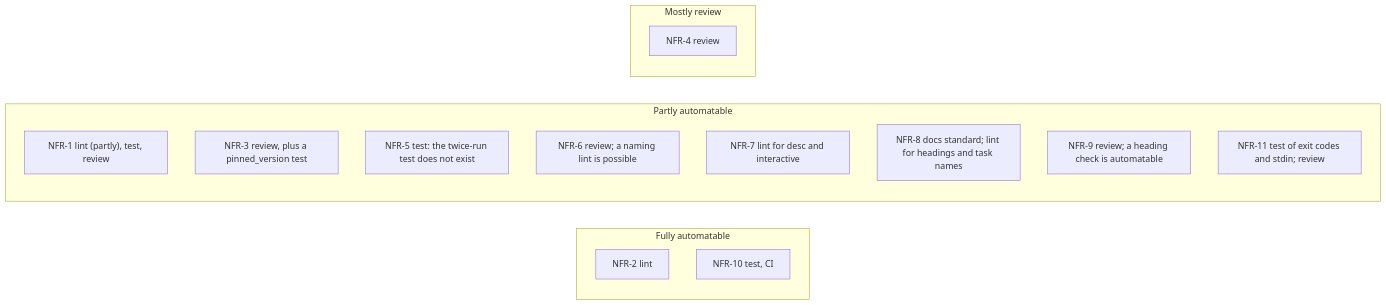
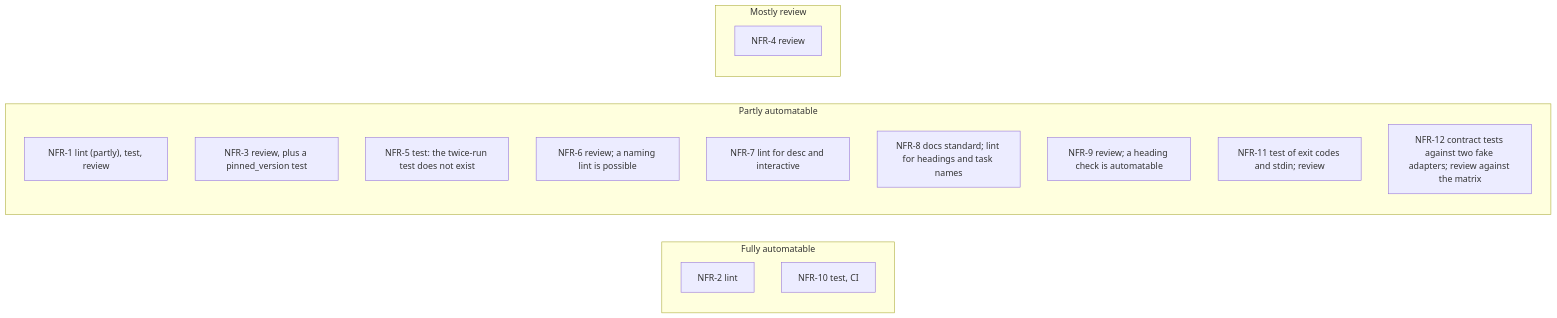
The second of 3 diagrams in docs/principles/non-functional-requirements.md (nabil-becker/devcontainer-features), drawn with Mermaid before and after one commit. The commit also changed other lines of this file and 1 other file, not shown here.

First line of the commit message:
docs(proposals): agents v2 against Copilot, Codex, Gemini and OpenCode CLIs (#106)

````diff
--- a/docs/principles/non-functional-requirements.md
+++ b/docs/principles/non-functional-requirements.md
@@ -144,20 +153,21 @@
 ```mermaid
 flowchart LR
   subgraph full["Fully automatable"]
     c2["NFR-2 lint"]
     c10["NFR-10 test, CI"]
   end
   subgraph partly["Partly automatable"]
     c1["NFR-1 lint (partly), test, review"]
     c3["NFR-3 review, plus a pinned_version test"]
     c5["NFR-5 test: the twice-run test does not exist"]
     c6["NFR-6 review; a naming lint is possible"]
     c7["NFR-7 lint for desc and interactive"]
     c8["NFR-8 docs standard; lint for headings and task names"]
     c9["NFR-9 review; a heading check is automatable"]
     c11["NFR-11 test of exit codes and stdin; review"]
+    c12["NFR-12 contract tests against two fake adapters; review against the matrix"]
   end
   subgraph review["Mostly review"]
     c4["NFR-4 review"]
   end
 ```
````
